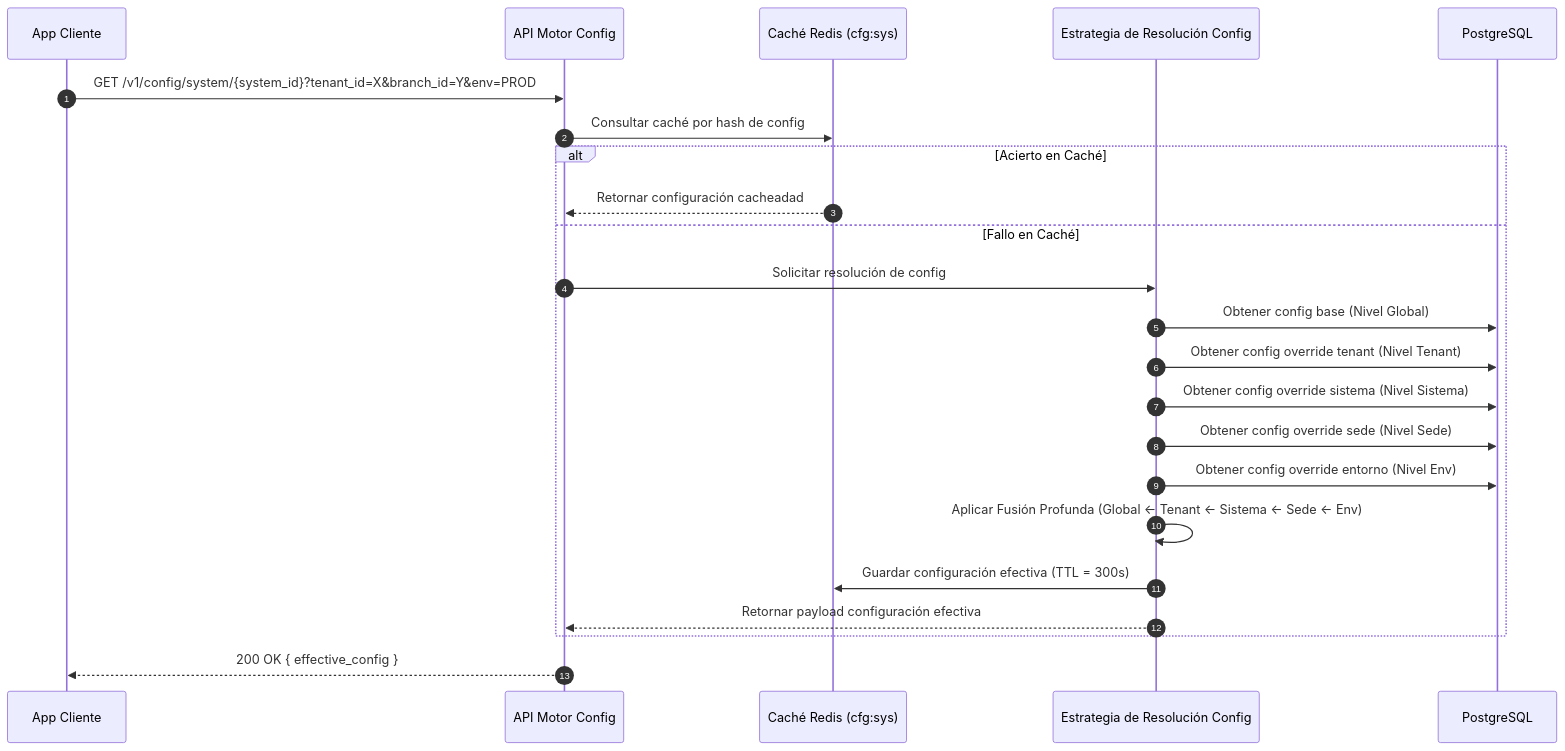
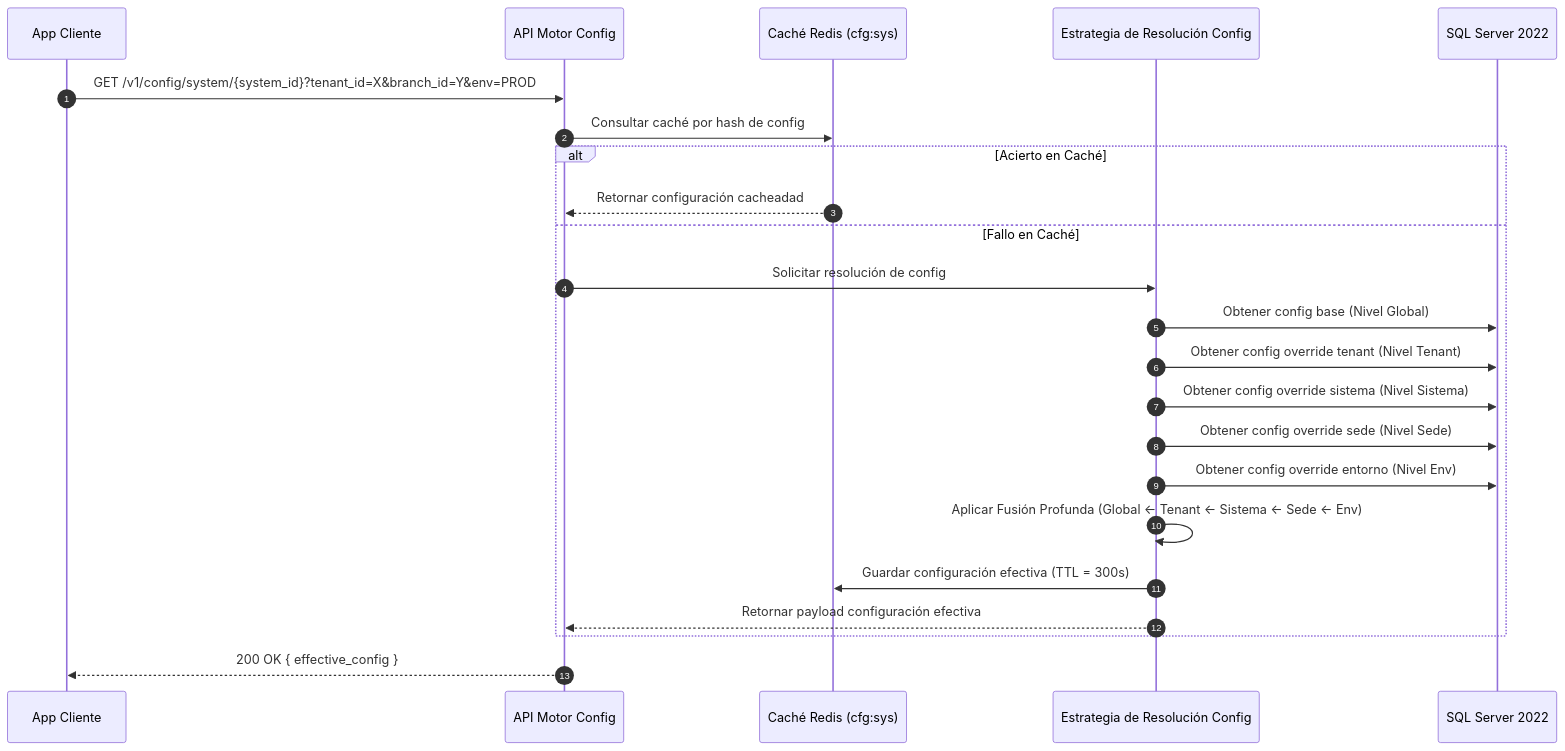
The diagram in architecture/blueprints-es/technical-enablers/te-02-resolve-hierarchical-config.md (beyondnetcode/ums), drawn with Mermaid before and after one commit. The commit also changed other lines of this file and 29 other files, not shown here.

Commit message:
docs(architecture): finalize SQL Server migration in Technical Enablers and update maturity models

````diff
--- a/architecture/blueprints-es/technical-enablers/te-02-resolve-hierarchical-config.md
+++ b/architecture/blueprints-es/technical-enablers/te-02-resolve-hierarchical-config.md
@@ -20,28 +20,28 @@
 ```mermaid
 sequenceDiagram
     autonumber
     participant Client as App Cliente
     participant ConfigAPI as API Motor Config
     participant Cache as Caché Redis (cfg:sys)
     participant Resolver as Estrategia de Resolución Config
-    participant DB as PostgreSQL
+    participant DB as SQL Server 2022
 
     Client->>ConfigAPI: GET /v1/config/system/{system_id}?tenant_id=X&branch_id=Y&env=PROD
     ConfigAPI->>Cache: Consultar caché por hash de config
     alt Acierto en Caché
         Cache-->>ConfigAPI: Retornar configuración cacheadad
     else Fallo en Caché
         ConfigAPI->>Resolver: Solicitar resolución de config
         Resolver->>DB: Obtener config base (Nivel Global)
         Resolver->>DB: Obtener config override tenant (Nivel Tenant)
         Resolver->>DB: Obtener config override sistema (Nivel Sistema)
         Resolver->>DB: Obtener config override sede (Nivel Sede)
         Resolver->>DB: Obtener config override entorno (Nivel Env)
         
         Resolver->>Resolver: Aplicar Fusión Profunda (Global <- Tenant <- Sistema <- Sede <- Env)
         
         Resolver->>Cache: Guardar configuración efectiva (TTL = 300s)
         Resolver-->>ConfigAPI: Retornar payload configuración efectiva
     end
     ConfigAPI-->>Client: 200 OK { effective_config }
 ```
````
